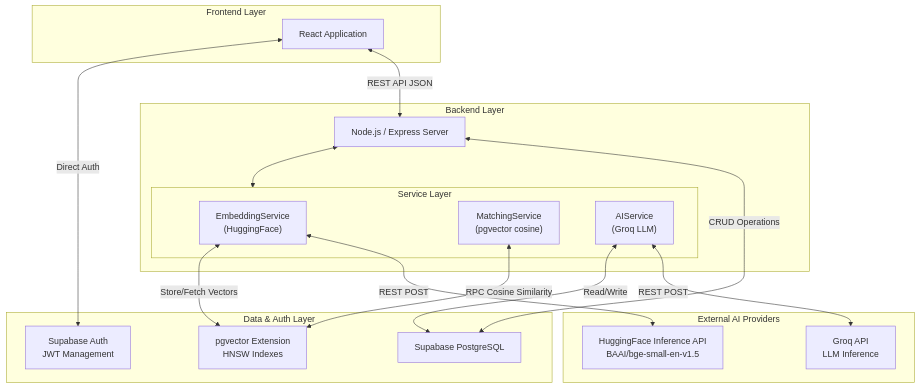
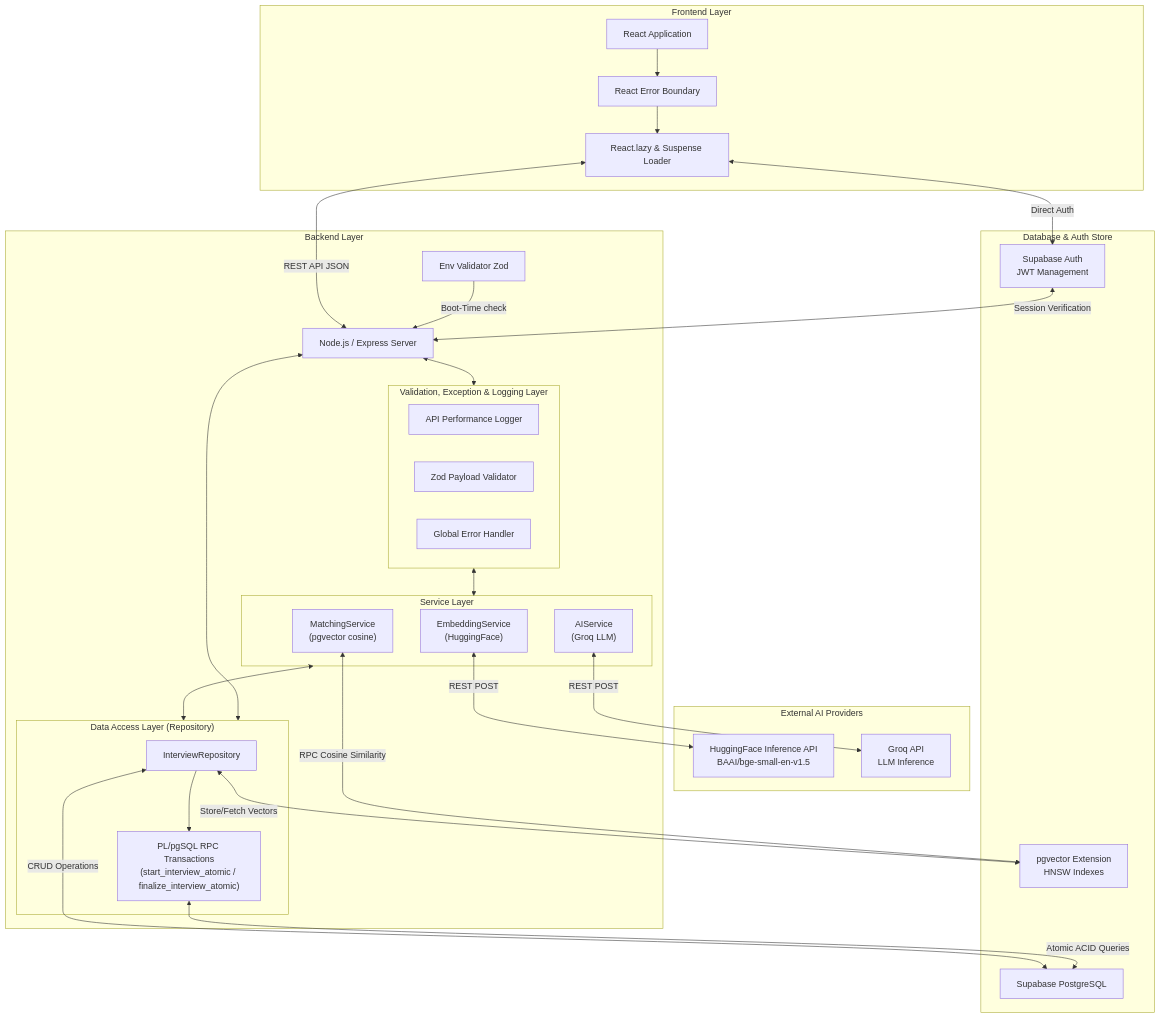
The first of 3 diagrams in rules/SystemDesign.md (Maham-Javed/FYP_Project), drawn with Mermaid before and after one commit. The commit also changed other lines of this file and 21 other files, not shown here.

Commit message:
feat: initialize backend microservice with interview controller, adaptive AI logic, and robust error handling.

````diff
--- a/rules/SystemDesign.md
+++ b/rules/SystemDesign.md
@@ -6,36 +6,61 @@
 ```mermaid
 flowchart TD
     subgraph Client ["Frontend Layer"]
         UI[React Application]
+        EB[React Error Boundary]
+        LS[React.lazy & Suspense Loader]
+        
+        UI --> EB
+        EB --> LS
     end
 
     subgraph API ["Backend Layer"]
+        EnvV[Env Validator Zod]
         Node["Node.js / Express Server"]
+        
+        EnvV -->|Boot-Time check| Node
+        
+        subgraph Middlewares ["Validation, Exception & Logging Layer"]
+            AL[API Performance Logger]
+            Zod["Zod Payload Validator"]
+            GE["Global Error Handler"]
+        end
         subgraph Services ["Service Layer"]
             ES["EmbeddingService<br/>(HuggingFace)"]
             MS["MatchingService<br/>(pgvector cosine)"]
             AIS["AIService<br/>(Groq LLM)"]
+        end
+        subgraph Repositories ["Data Access Layer (Repository)"]
+            IR["InterviewRepository"]
+            RPC["PL/pgSQL RPC Transactions<br/>(start_interview_atomic / finalize_interview_atomic)"]
         end
     end
 
     subgraph External ["External AI Providers"]
         HF["HuggingFace Inference API<br/>BAAI/bge-small-en-v1.5"]
         Groq["Groq API<br/>LLM Inference"]
     end
 
-    subgraph Data ["Data & Auth Layer"]
+    subgraph Data ["Database & Auth Store"]
         Supa["Supabase PostgreSQL"]
         PGV["pgvector Extension<br/>HNSW Indexes"]
         Auth["Supabase Auth<br/>JWT Management"]
     end
 
-    UI <-->|REST API JSON| Node
-    UI <-->|Direct Auth| Auth
-    Node <--> Services
+    LS <-->|REST API JSON| Node
+    LS <-->|Direct Auth| Auth
+    Node <--> Middlewares
+    Middlewares <--> Services
+    Node <--> Repositories
+    Services <--> Repositories
+    IR --> RPC
+    
     ES <-->|REST POST| HF
     AIS <-->|REST POST| Groq
-    ES <-->|Store/Fetch Vectors| PGV
+    
+    RPC <-->|Atomic ACID Queries| Supa
+    IR <-->|Store/Fetch Vectors| PGV
     MS <-->|RPC Cosine Similarity| PGV
-    AIS <-->|Read/Write| Supa
-    Node <-->|CRUD Operations| Supa
+    IR <-->|CRUD Operations| Supa
+    Auth <-->|Session Verification| Node
 ```
````
